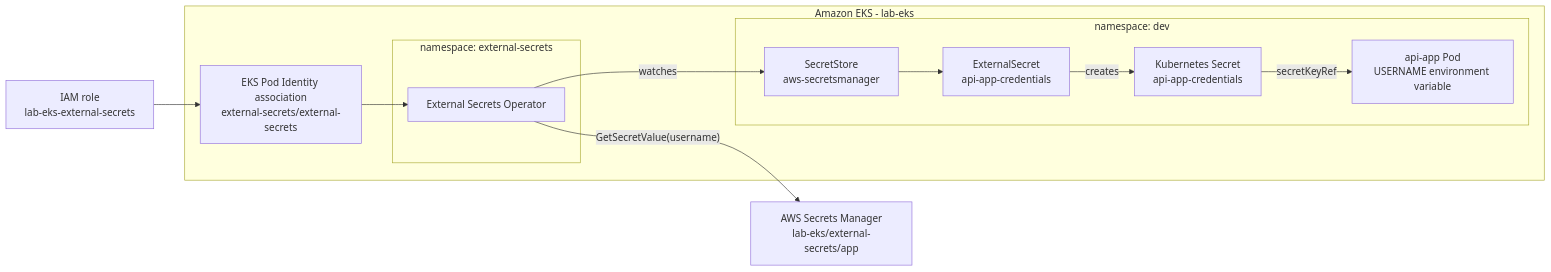
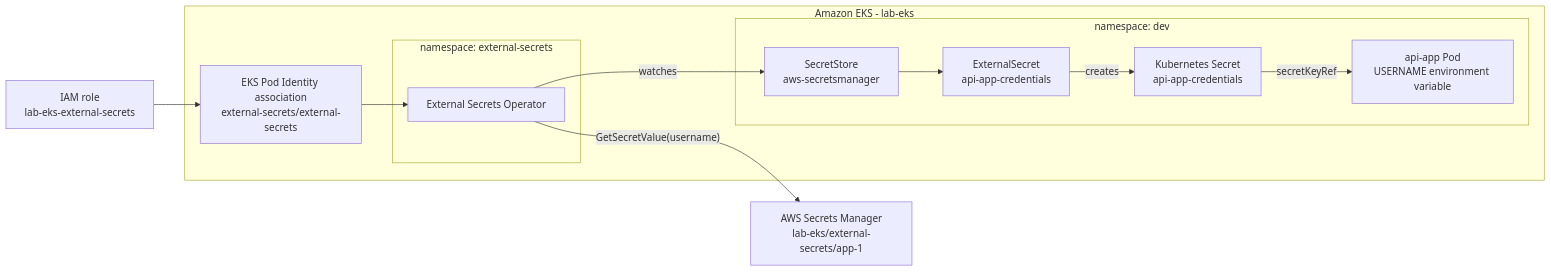
Before and after one commit to unedtamps/aws: the third of 7 diagrams in aws_kube/k8s/README.md, drawn with Mermaid. The commit also changed other lines of this file and 25 other files, not shown here.

````diff
--- a/aws_kube/k8s/README.md
+++ b/aws_kube/k8s/README.md
@@ -153,28 +245,28 @@
 ```mermaid
 flowchart LR
-    awsSecret["AWS Secrets Manager<br/>lab-eks/external-secrets/app"]
+    awsSecret["AWS Secrets Manager<br/>lab-eks/external-secrets/app-1"]
     iam["IAM role<br/>lab-eks-external-secrets"]
 
     subgraph eks["Amazon EKS - lab-eks"]
         association["EKS Pod Identity association<br/>external-secrets/external-secrets"]
 
         subgraph esoNs["namespace: external-secrets"]
             eso["External Secrets Operator"]
         end
 
         subgraph devNs["namespace: dev"]
             store["SecretStore<br/>aws-secretsmanager"]
             externalSecret["ExternalSecret<br/>api-app-credentials"]
             k8sSecret["Kubernetes Secret<br/>api-app-credentials"]
             api["api-app Pod<br/>USERNAME environment variable"]
         end
     end
 
     iam --> association
     association --> eso
     eso -->|"GetSecretValue(username)"| awsSecret
     eso -->|"watches"| store
     store --> externalSecret
     externalSecret -->|"creates"| k8sSecret
     k8sSecret -->|"secretKeyRef"| api
 ```
````
